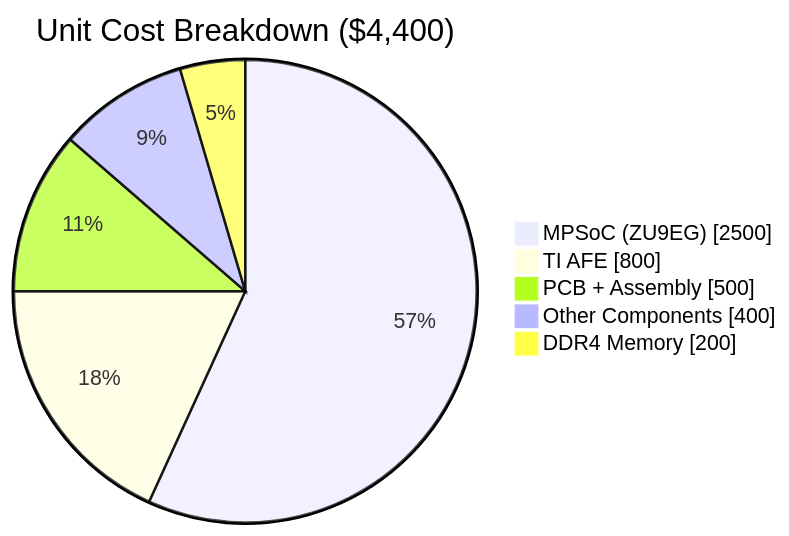
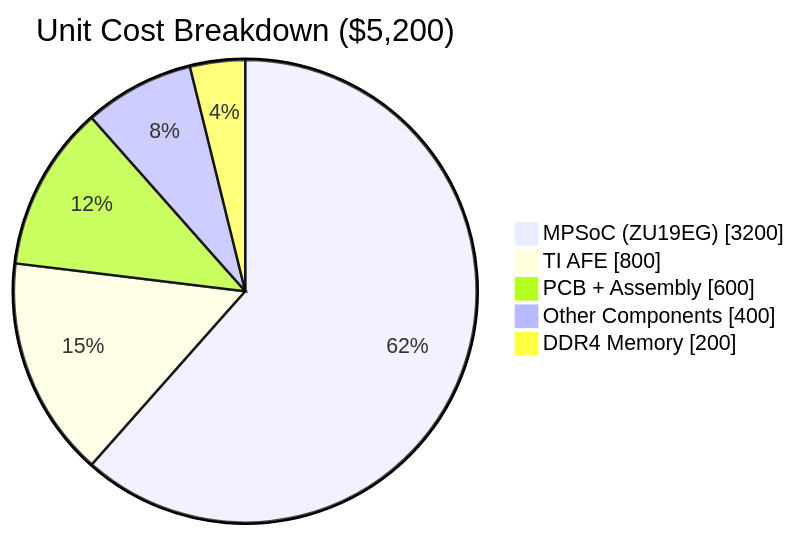
Before and after one commit to EttusResearch/uhd: diagram 15 of 19 in docs/sdr_board_project_plan.md, drawn with Mermaid. The commit also changed other lines of this file, not shown here.

````diff
--- a/docs/sdr_board_project_plan.md
+++ b/docs/sdr_board_project_plan.md
@@ -581,9 +722,9 @@
 ```mermaid
 pie showData
-    title Unit Cost Breakdown ($4,400)
-    "MPSoC (ZU9EG)" : 2500
+    title Unit Cost Breakdown ($5,200)
+    "MPSoC (ZU19EG)" : 3200
     "TI AFE" : 800
-    "PCB + Assembly" : 500
+    "PCB + Assembly" : 600
     "Other Components" : 400
     "DDR4 Memory" : 200
 ```
````
